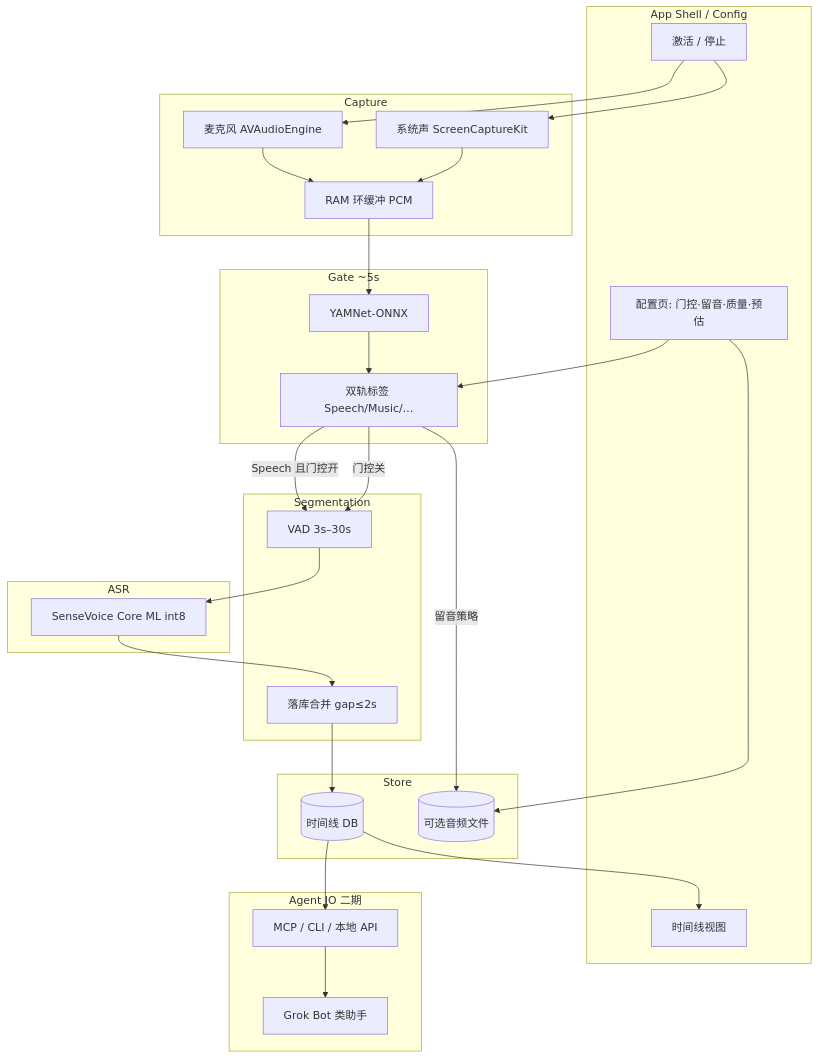
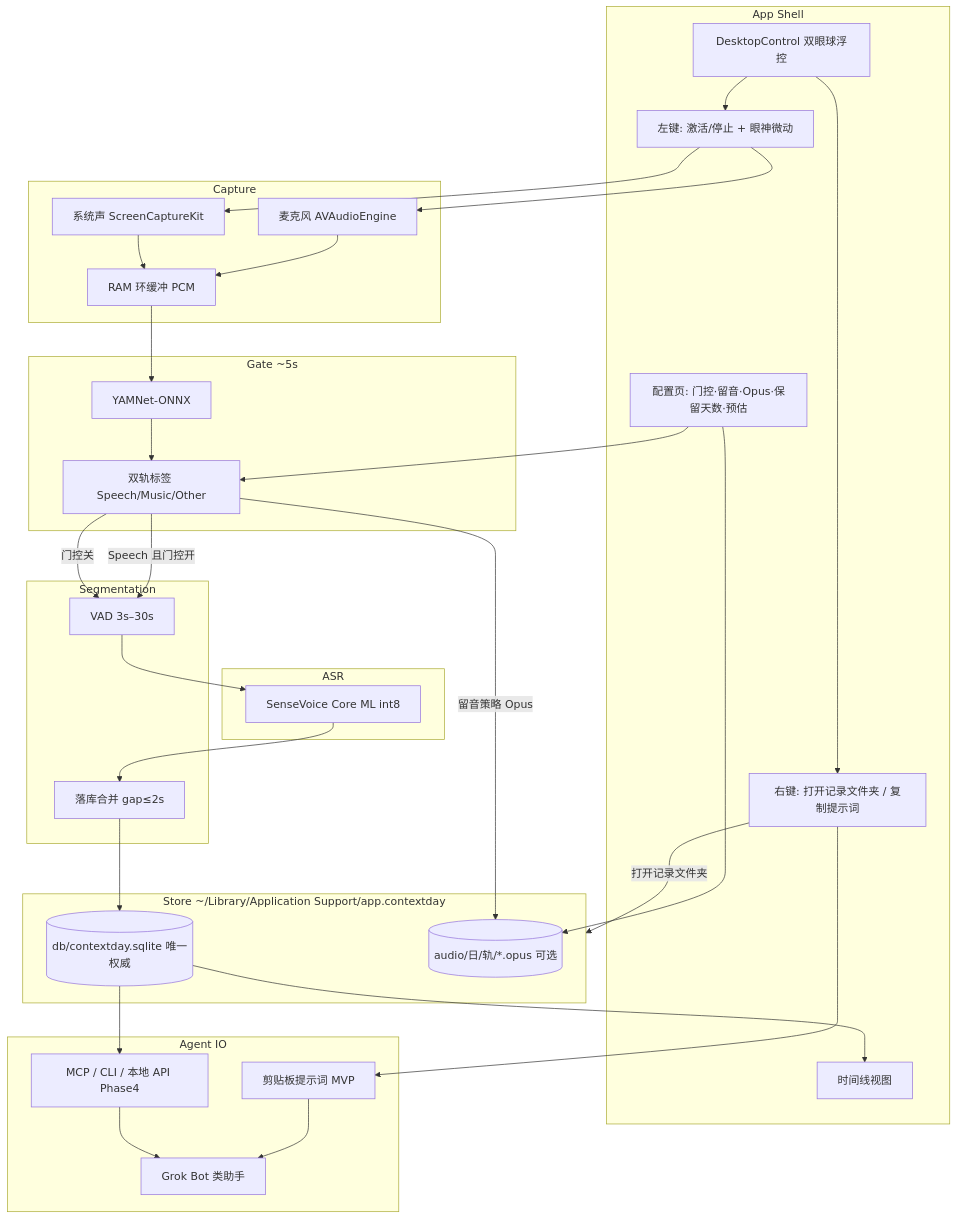
Before and after one commit to jqlong17/ContextDay: the diagram in docs/01_spec.md, drawn with Mermaid. The commit also changed other lines of this file and 12 other files, not shown here.

First line of the commit message:
feat: Agent IO §2.9 stub, recording menu, green-plate hard key

````diff
--- a/docs/01_spec.md
+++ b/docs/01_spec.md
@@ -152,56 +438,64 @@
 ```mermaid
 flowchart TB
-  subgraph UI["App Shell / Config"]
-    Activate[激活 / 停止]
-    Settings[配置页: 门控·留音·质量·预估]
+  subgraph UI["App Shell"]
+    Desk[DesktopControl 双眼球浮控]
+    Activate[左键: 激活/停止 + 眼神微动]
+    CtxMenu[右键: 打开记录文件夹 / 复制提示词]
+    Settings[配置页: 门控·留音·Opus·保留天数·预估]
     Timeline[时间线视图]
   end
 
   subgraph Capture["Capture"]
     Mic[麦克风 AVAudioEngine]
     Sys[系统声 ScreenCaptureKit]
     Ring[RAM 环缓冲 PCM]
   end
 
   subgraph Gate["Gate ~5s"]
     Yam[YAMNet-ONNX]
-    Label[双轨标签 Speech/Music/…]
+    Label[双轨标签 Speech/Music/Other]
   end
 
   subgraph Seg["Segmentation"]
     VAD[VAD 3s–30s]
     Merge[落库合并 gap≤2s]
   end
 
   subgraph ASR["ASR"]
     CM[SenseVoice Core ML int8]
   end
 
-  subgraph Store["Store"]
-    DB[(时间线 DB)]
-    Audio[(可选音频文件)]
+  subgraph Store["Store ~/Library/Application Support/app.contextday"]
+    DB[(db/contextday.sqlite 唯一权威)]
+    Audio[(audio/日/轨/*.opus 可选)]
   end
 
-  subgraph Out["Agent IO 二期"]
-    MCP[MCP / CLI / 本地 API]
+  subgraph Out["Agent IO"]
+    Clip[剪贴板提示词 MVP]
+    MCP[MCP / CLI / 本地 API Phase4]
     Bot[Grok Bot 类助手]
   end
 
+  Desk --> Activate
+  Desk --> CtxMenu
   Activate --> Mic
   Activate --> Sys
   Mic --> Ring
   Sys --> Ring
   Ring --> Yam
   Yam --> Label
   Label -->|Speech 且门控开| VAD
   Label -->|门控关| VAD
   VAD --> CM
   CM --> Merge
   Merge --> DB
-  Label -->|留音策略| Audio
+  Label -->|留音策略 Opus| Audio
   Settings --> Label
   Settings --> Audio
   DB --> Timeline
+  CtxMenu -->|打开记录文件夹| Store
+  CtxMenu --> Clip
+  Clip --> Bot
   DB --> MCP
   MCP --> Bot
 ```
````
